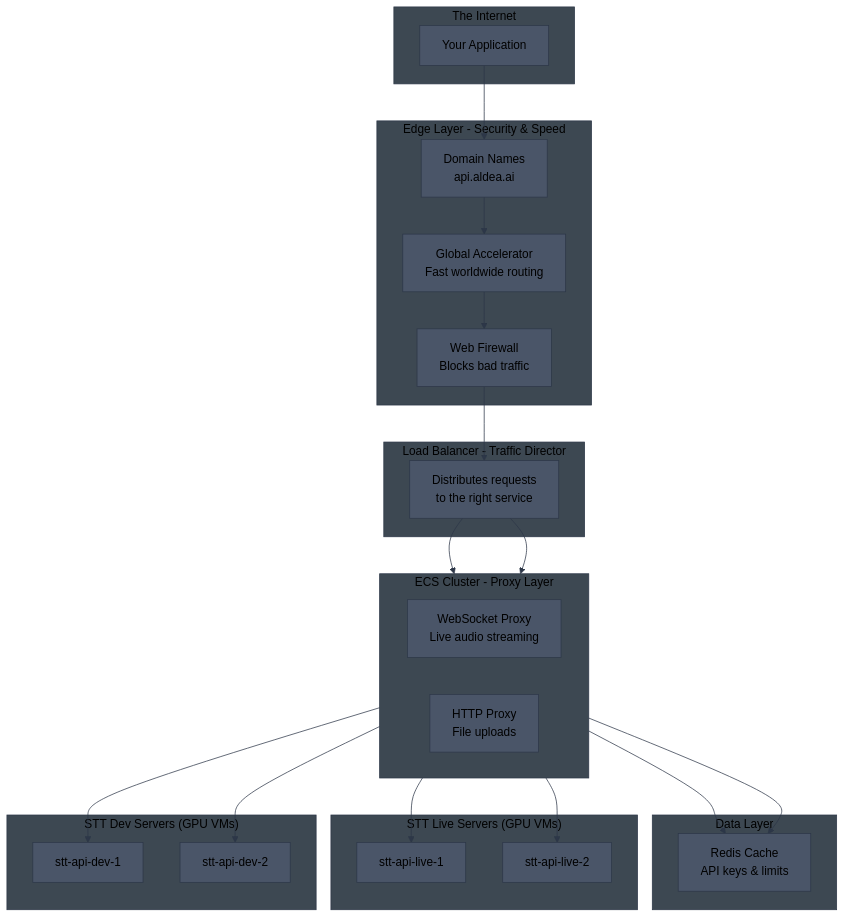
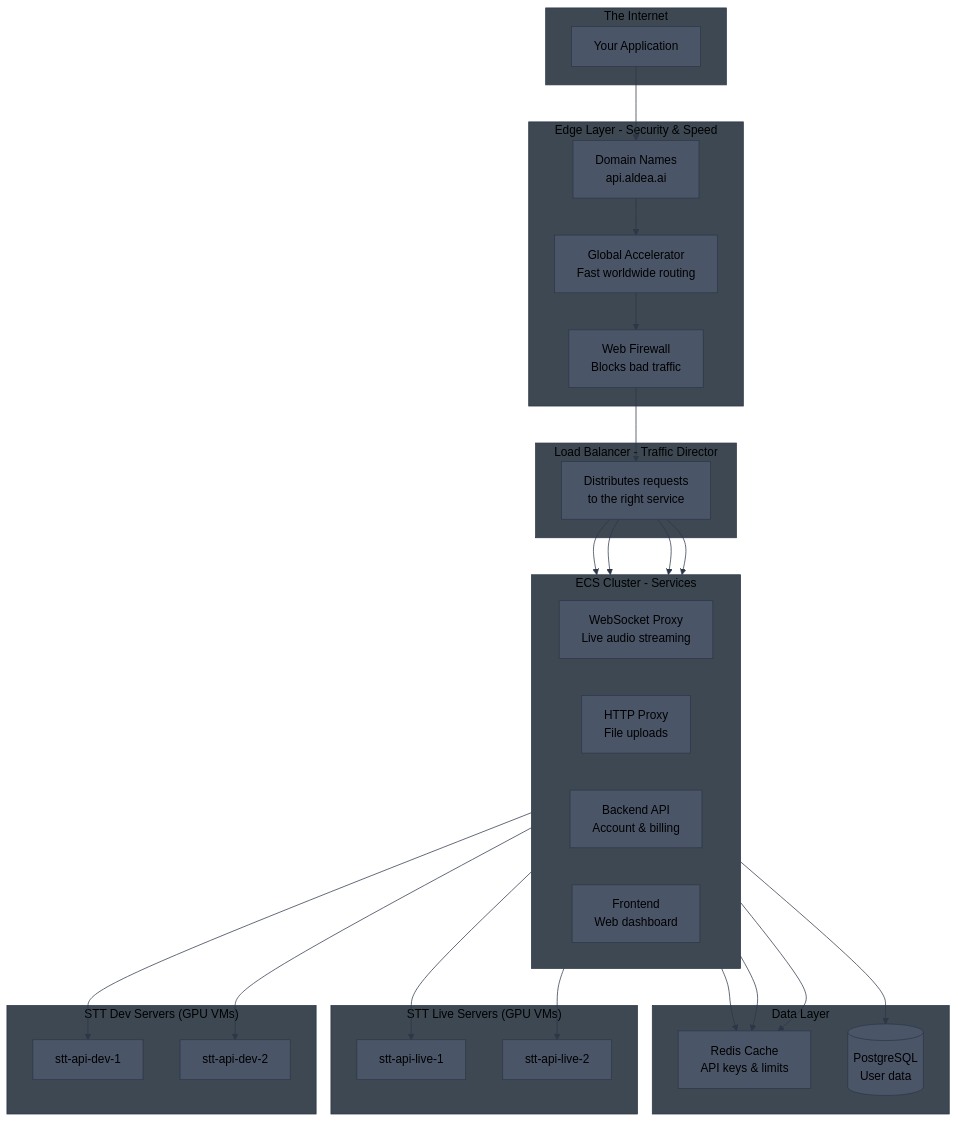
Before and after one commit to aldea-ai/infrastructure-docs: the second of 8 diagrams in diagrams/ecs-architecture.md, drawn with Mermaid. The commit also changed other lines of this file, not shown here.

Commit message:
Add Frontend and Backend services to architecture diagrams

````diff
--- a/diagrams/ecs-architecture.md
+++ b/diagrams/ecs-architecture.md
@@ -41,43 +41,47 @@
 ```mermaid
 %%{init: {'theme': 'base', 'themeVariables': { 'primaryColor': '#4a5568', 'primaryTextColor': '#000', 'primaryBorderColor': '#2d3748', 'lineColor': '#2d3748', 'secondaryColor': '#5a6577', 'tertiaryColor': '#6b7280', 'background': '#1a202c', 'mainBkg': '#4a5568', 'secondBkg': '#5a6577', 'clusterBkg': '#3d4852', 'clusterBorder': '#2d3748', 'titleColor': '#000'}}}%%
 flowchart TB
     subgraph Internet["The Internet"]
         USER[Your Application]
     end
 
     subgraph Edge["Edge Layer - Security & Speed"]
         DNS[Domain Names<br/>api.aldea.ai]
         GA[Global Accelerator<br/>Fast worldwide routing]
         WAF[Web Firewall<br/>Blocks bad traffic]
     end
 
     subgraph LB["Load Balancer - Traffic Director"]
         ALB[Distributes requests<br/>to the right service]
     end
 
-    subgraph ECS["ECS Cluster - Proxy Layer"]
+    subgraph ECS["ECS Cluster - Services"]
         direction LR
         WS[WebSocket Proxy<br/>Live audio streaming]
         HTTP[HTTP Proxy<br/>File uploads]
+        BE[Backend API<br/>Account & billing]
+        FE[Frontend<br/>Web dashboard]
     end
 
     subgraph Data["Data Layer"]
         REDIS[Redis Cache<br/>API keys & limits]
+        RDS[(PostgreSQL<br/>User data)]
     end
 
     subgraph STT_Live["STT Live Servers (GPU VMs)"]
         LIVE1[stt-api-live-1]
         LIVE2[stt-api-live-2]
     end
 
     subgraph STT_Dev["STT Dev Servers (GPU VMs)"]
         DEV1[stt-api-dev-1]
         DEV2[stt-api-dev-2]
     end
 
     USER --> DNS --> GA --> WAF --> ALB
-    ALB --> WS & HTTP
+    ALB --> WS & HTTP & BE & FE
     WS & HTTP --> REDIS
+    BE --> REDIS & RDS
     HTTP --> LIVE1 & LIVE2
     WS --> DEV1 & DEV2
 ```
````
